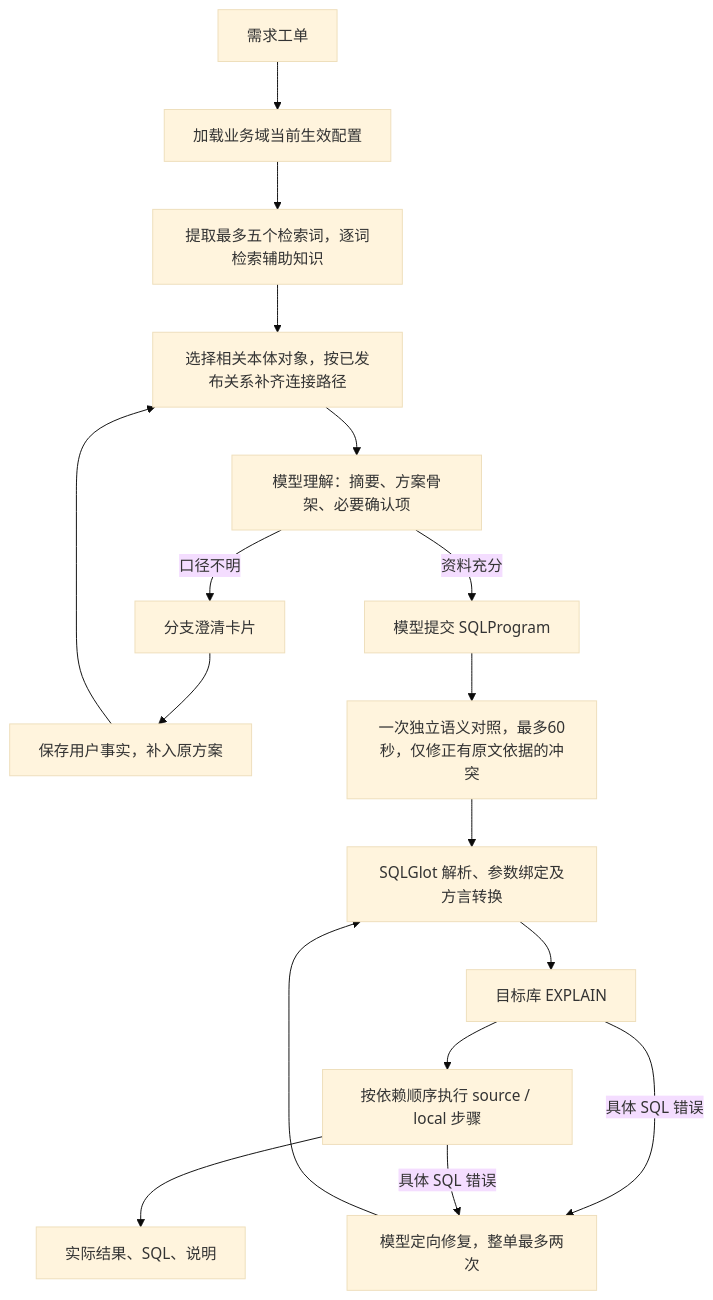
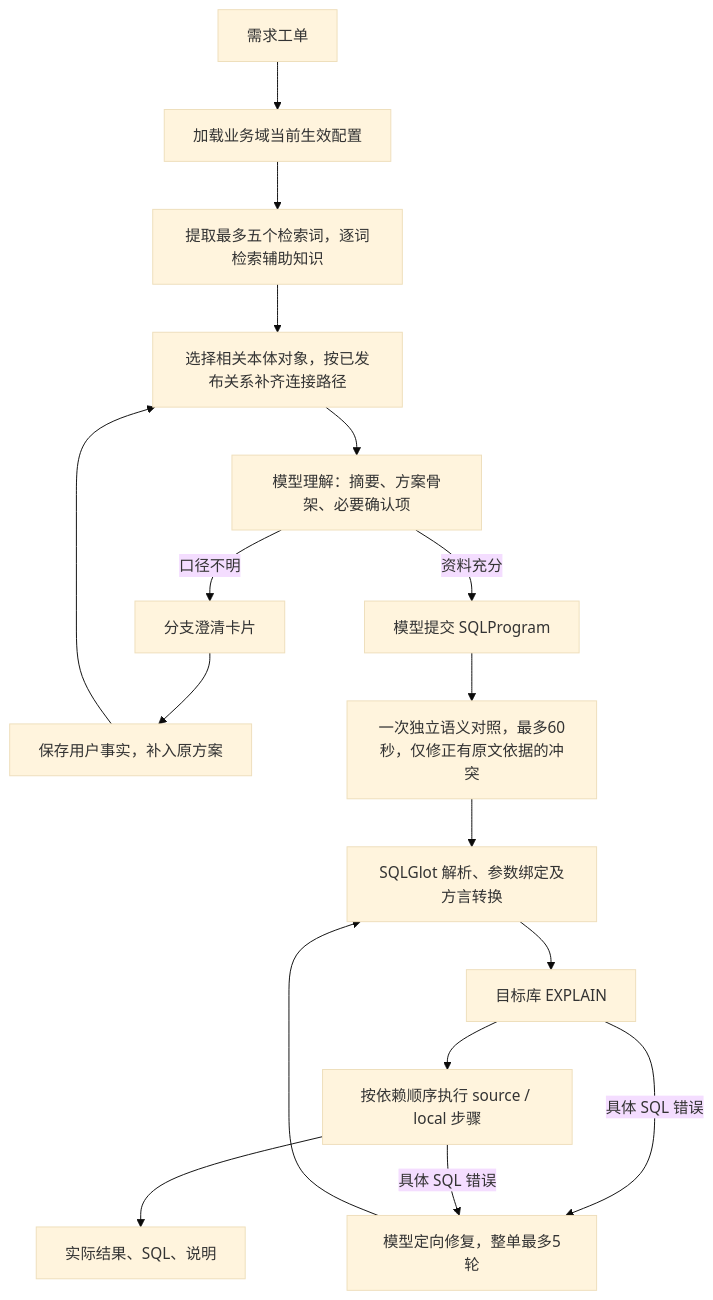
Before and after one commit to aikernix/semora: the diagram in docs/sql-generation-mvp.md, drawn with Mermaid (base theme). The commit also changed other lines of this file and 33 other files, not shown here.

````diff
--- a/docs/sql-generation-mvp.md
+++ b/docs/sql-generation-mvp.md
@@ -5,19 +5,19 @@
 ```mermaid
 flowchart TD
     A[需求工单] --> B[加载业务域当前生效配置]
     B --> C[提取最多五个检索词，逐词检索辅助知识]
     C --> D[选择相关本体对象，按已发布关系补齐连接路径]
     D --> E[模型理解：摘要、方案骨架、必要确认项]
     E -->|口径不明| F[分支澄清卡片]
     F --> G[保存用户事实，补入原方案]
     G --> D
     E -->|资料充分| H
     H[模型提交 SQLProgram] --> R[一次独立语义对照，最多60秒，仅修正有原文依据的冲突]
     R --> I[SQLGlot 解析、参数绑定及方言转换]
     I --> J[目标库 EXPLAIN]
     J --> K[按依赖顺序执行 source / local 步骤]
-    J -->|具体 SQL 错误| L[模型定向修复，整单最多两次]
+    J -->|具体 SQL 错误| L[模型定向修复，整单最多5轮]
     K -->|具体 SQL 错误| L
     L --> I
     K --> M[实际结果、SQL、说明]
 ```
````
